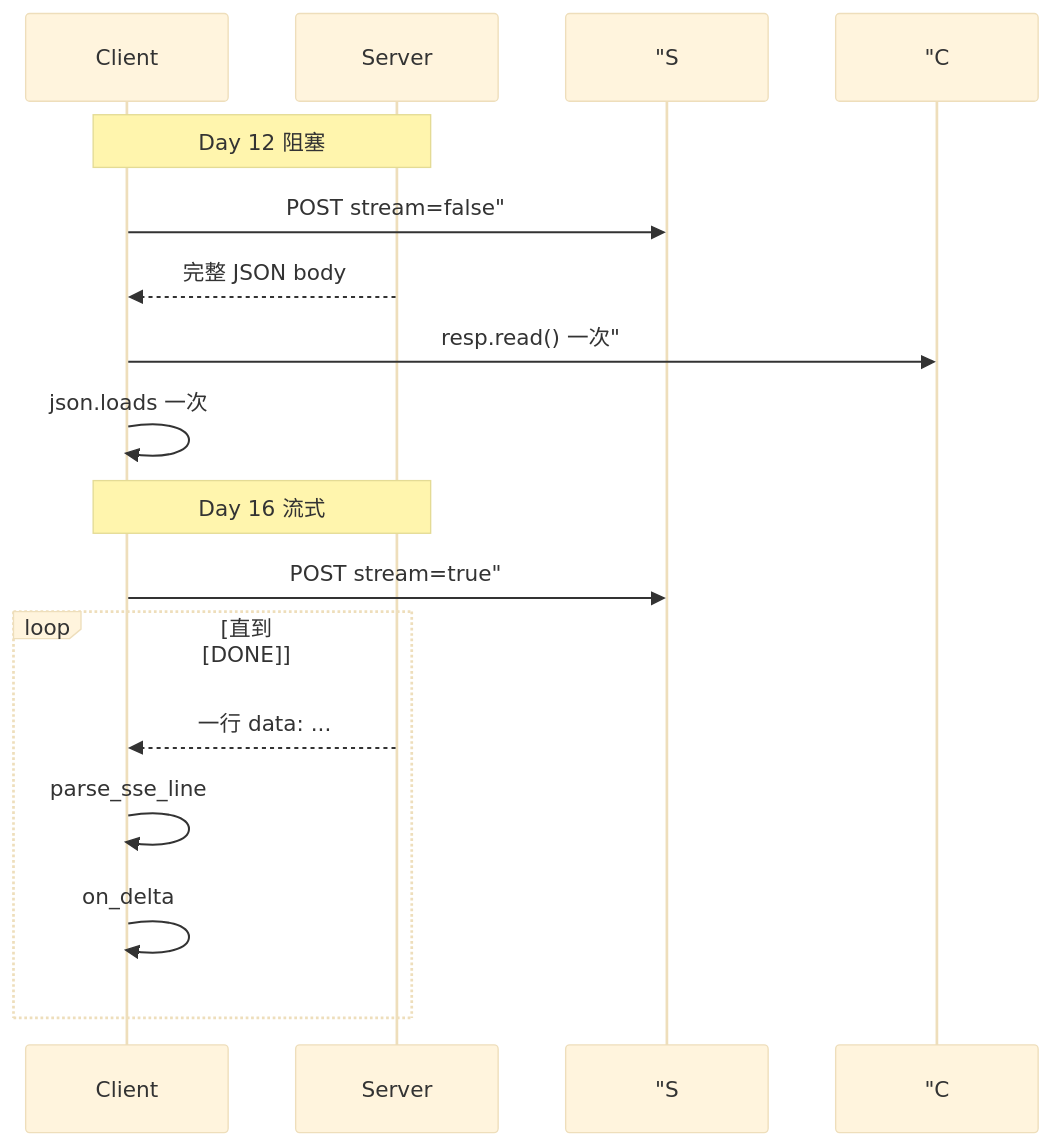
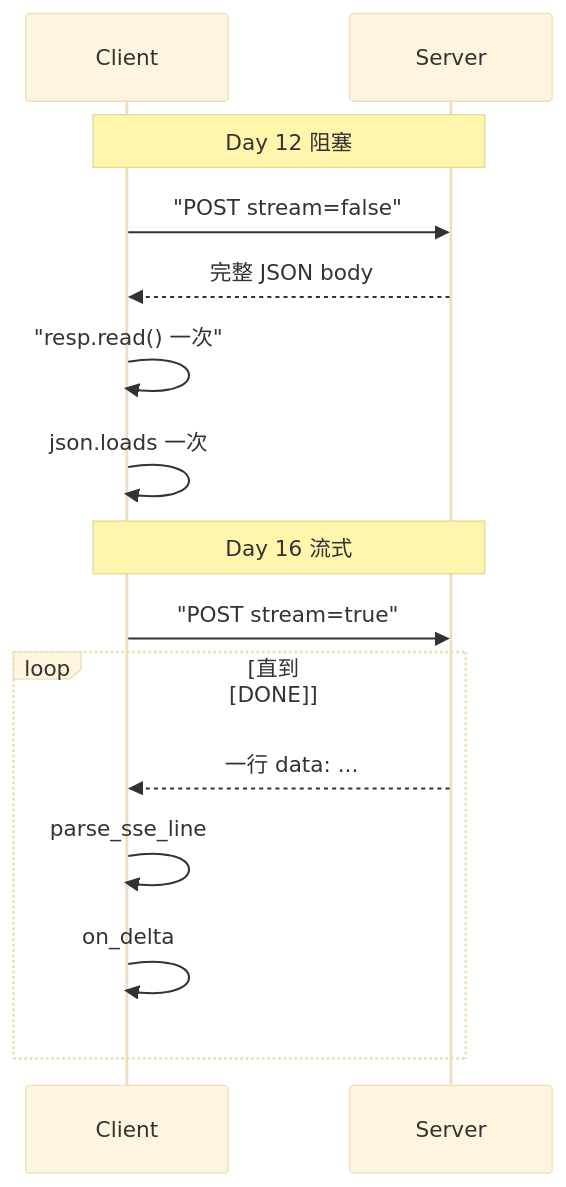
The third of 6 diagrams in course/day16/04_流程图与示意图.md (ab6539763/70_days_course_plus), drawn with Mermaid (base theme) before and after one commit. The commit also changed 80 other files, not shown here.

First line of the commit message:
fix(course): 修复 Mermaid 图表渲染报错 + 同步嵌入代码快照

````diff
--- a/course/day16/04_流程图与示意图.md
+++ b/course/day16/04_流程图与示意图.md
@@ -63,19 +63,19 @@
 ```mermaid
 sequenceDiagram
     participant C as Client
     participant S as Server
 
     Note over C,S: Day 12 阻塞
-    C->> "S: POST stream=false"
+    C->>S: "POST stream=false"
     S-->>C: 完整 JSON body
-    C->> "C: resp.read() 一次"
+    C->>C: "resp.read() 一次"
     C->>C: json.loads 一次
 
     Note over C,S: Day 16 流式
-    C->> "S: POST stream=true"
+    C->>S: "POST stream=true"
     loop 直到 [DONE]
         S-->>C: 一行 data: ...
         C->>C: parse_sse_line
         C->>C: on_delta
     end
 ```
````
